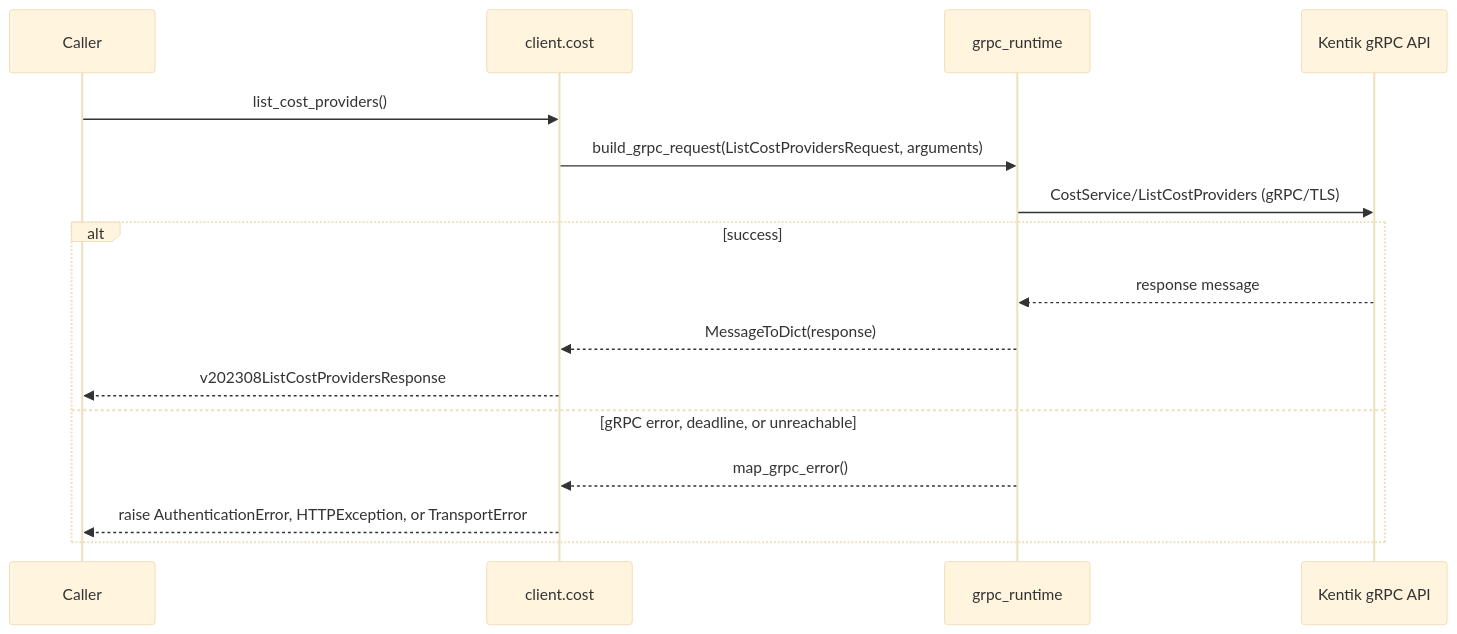
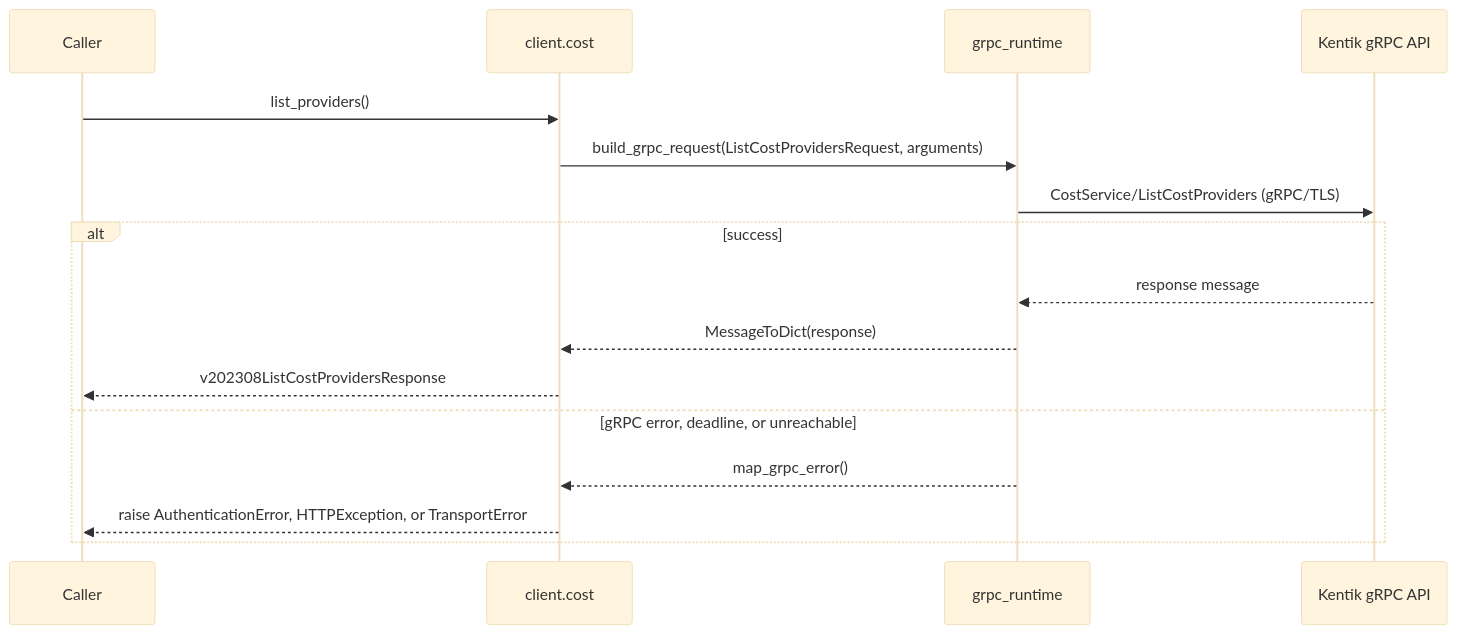
One commit to alexdearaujo/community_sdk_python changed the third of 8 diagrams in docs/sphinx/services/cost.md. Above: the diagram before and after it, drawn with Mermaid (base theme). The commit also changed other lines of this file and 28 other files, not shown here.

````diff
--- a/docs/sphinx/services/cost.md
+++ b/docs/sphinx/services/cost.md
@@ -59,19 +59,19 @@
 ```mermaid
 sequenceDiagram
     participant C as Caller
     participant W as client.cost
     participant R as grpc_runtime
     participant API as Kentik gRPC API
 
-    C->>W: list_cost_providers()
+    C->>W: list_providers()
     W->>R: build_grpc_request(ListCostProvidersRequest, arguments)
     R->>API: CostService/ListCostProviders (gRPC/TLS)
     alt success
         API-->>R: response message
         R-->>W: MessageToDict(response)
         W-->>C: v202308ListCostProvidersResponse
     else gRPC error, deadline, or unreachable
         R-->>W: map_grpc_error()
         W-->>C: raise AuthenticationError, HTTPException, or TransportError
     end
 ```
````
